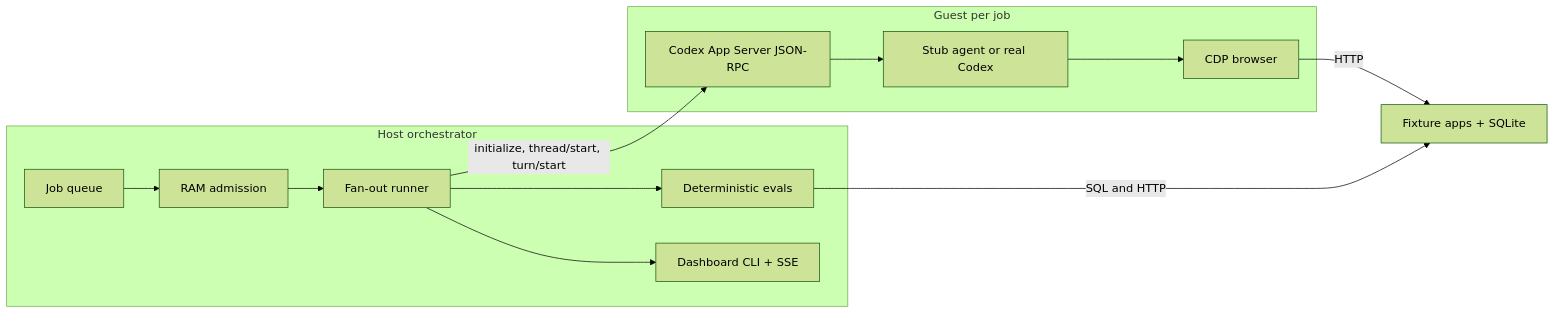
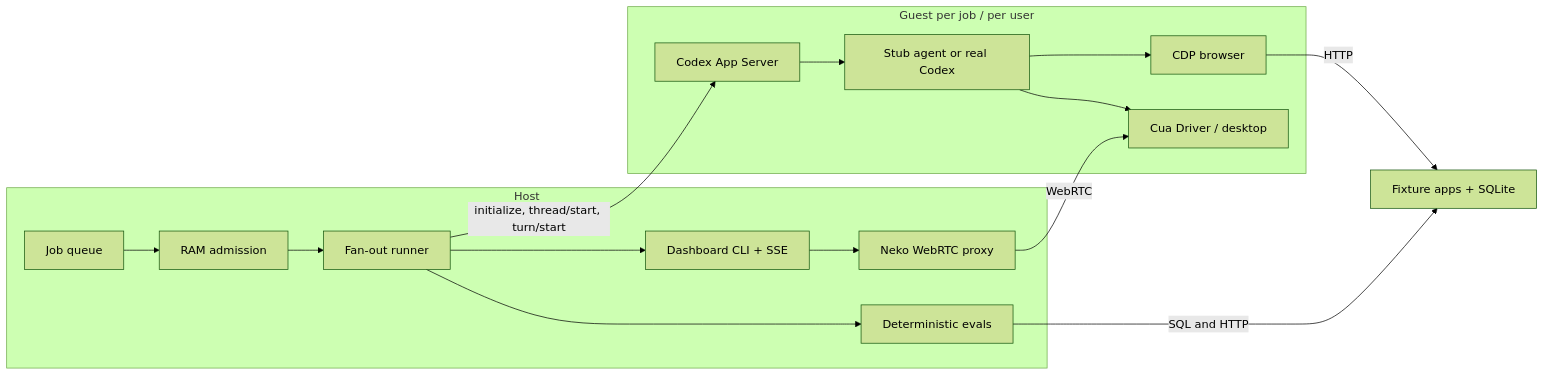
Before and after one commit to goodhamgupta/xiaodesk: the diagram in README.md, drawn with Mermaid (forest theme). The commit also changed other lines of this file, not shown here.

````diff
--- a/README.md
+++ b/README.md
@@ -19,23 +94,27 @@
 ```mermaid
 flowchart LR
-  subgraph host [Host orchestrator]
+  subgraph host [Host]
     Q[Job queue]
     A[RAM admission]
     R[Fan-out runner]
     E[Deterministic evals]
     D[Dashboard CLI + SSE]
+    N[Neko WebRTC proxy]
   end
-  subgraph guest [Guest per job]
-    C[Codex App Server JSON-RPC]
+  subgraph guest [Guest per job / per user]
+    C[Codex App Server]
     S[Stub agent or real Codex]
     B[CDP browser]
+    U[Cua Driver / desktop]
   end
   F[Fixture apps + SQLite]
   Q --> A --> R
   R -->|initialize, thread/start, turn/start| C
   C --> S --> B
+  S --> U
   B -->|HTTP| F
   R --> E
   E -->|SQL and HTTP| F
   R --> D
+  D --> N -->|WebRTC| U
 ```
````
